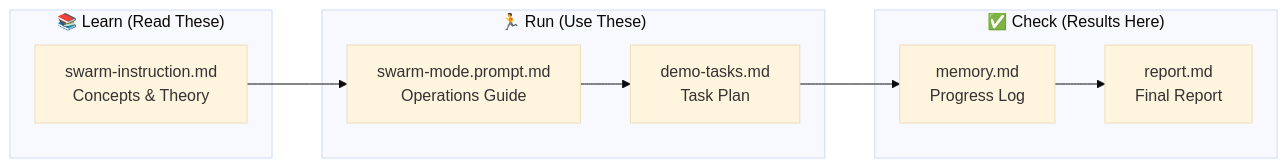
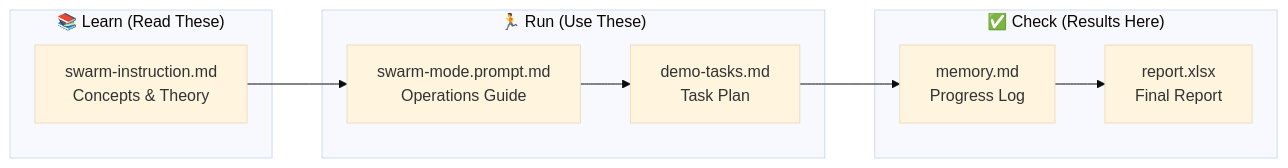
The second of 5 diagrams in README.md (lenvolk/simplepetapp), drawn with Mermaid (base theme) before and after one commit. The commit also changed other lines of this file and 8 other files, not shown here.

Commit message:
Update report format: Replace report.md with report.xlsx for execution summaries and metrics

````diff
--- a/README.md
+++ b/README.md
@@ -152,18 +152,18 @@
 ```mermaid
 flowchart LR
     subgraph LEARN ["📚 Learn (Read These)"]
         A["swarm-instruction.md<br/>Concepts & Theory"]
     end
     
     subgraph RUN ["🏃 Run (Use These)"]
         B["swarm-mode.prompt.md<br/>Operations Guide"]
         C["demo-tasks.md<br/>Task Plan"]
     end
     
     subgraph CHECK ["✅ Check (Results Here)"]
         D["memory.md<br/>Progress Log"]
-        E["report.md<br/>Final Report"]
+        E["report.xlsx<br/>Final Report"]
     end
     
     A --> B --> C --> D --> E
 ```
````
